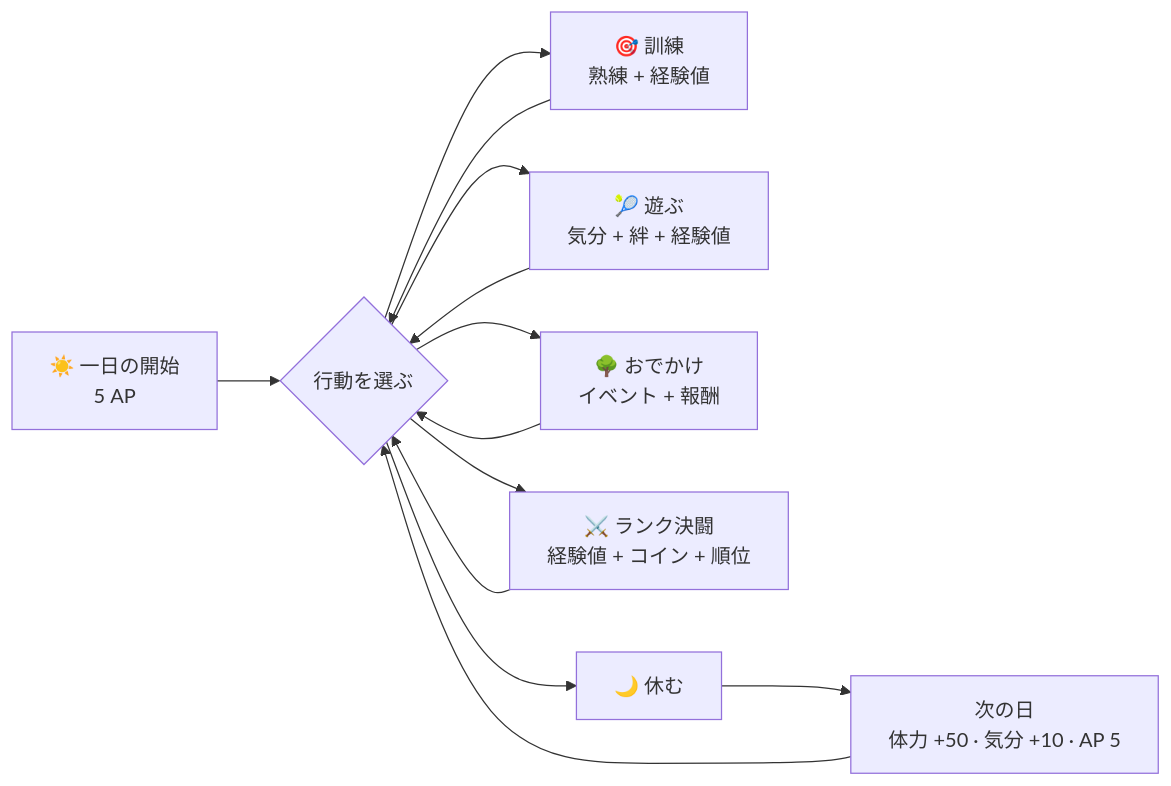
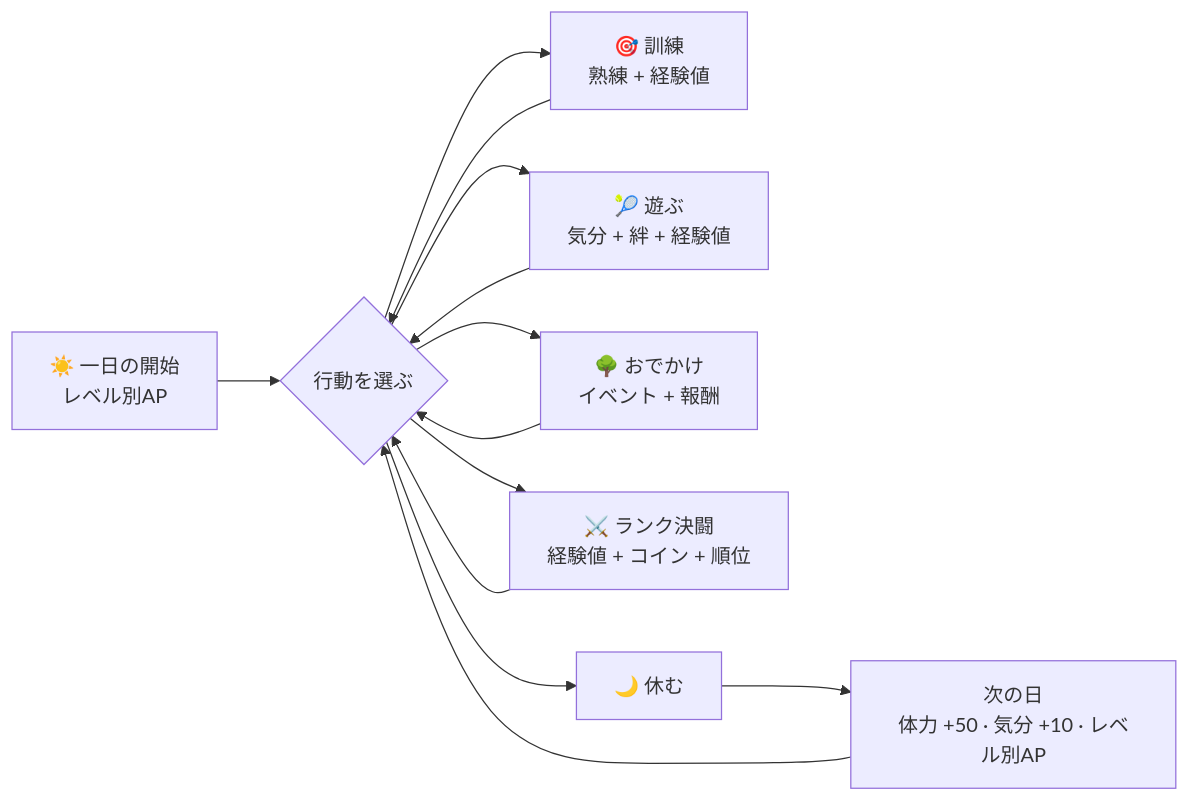
One commit to weipan84578/Games_Workshop changed the third of 6 diagrams in Pet_Simulation_Game/README.md. Above: the diagram before and after it, drawn with Mermaid. The commit also changed other lines of this file and 38 other files, not shown here.

````diff
--- a/Pet_Simulation_Game/README.md
+++ b/Pet_Simulation_Game/README.md
@@ -369,15 +379,15 @@
 ```mermaid
 flowchart LR
-    Start[☀️ 一日の開始<br>5 AP] --> Choose{行動を選ぶ}
+    Start[☀️ 一日の開始<br>レベル別AP] --> Choose{行動を選ぶ}
     Choose --> Train[🎯 訓練<br>熟練 + 経験値]
     Choose --> Play[🎾 遊ぶ<br>気分 + 絆 + 経験値]
     Choose --> Outing[🌳 おでかけ<br>イベント + 報酬]
     Choose --> Duel[⚔️ ランク決闘<br>経験値 + コイン + 順位]
     Train --> Choose
     Play --> Choose
     Outing --> Choose
     Duel --> Choose
     Choose --> Rest[🌙 休む]
-    Rest --> Next[次の日<br>体力 +50 · 気分 +10 · AP 5]
+    Rest --> Next[次の日<br>体力 +50 · 気分 +10 · レベル別AP]
     Next --> Choose
 ```
````
